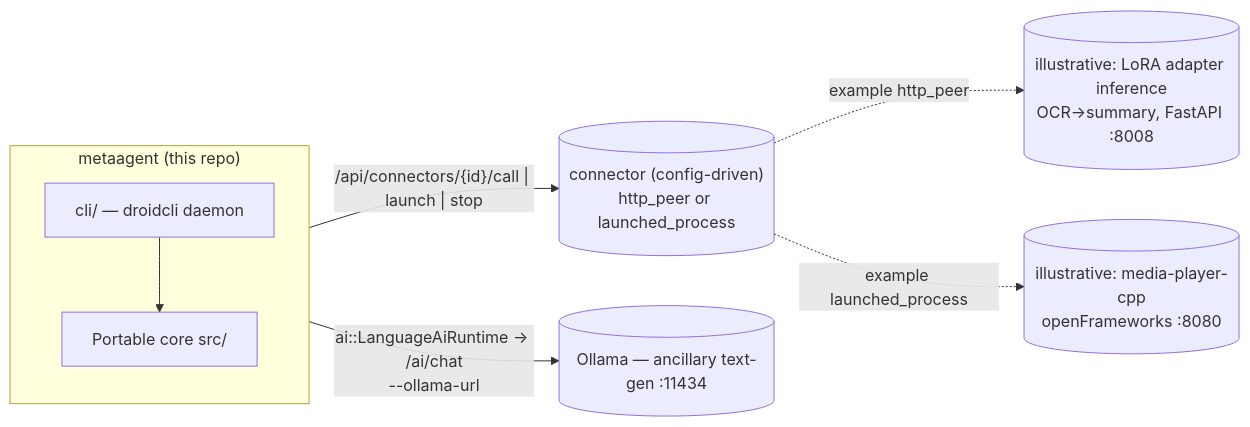
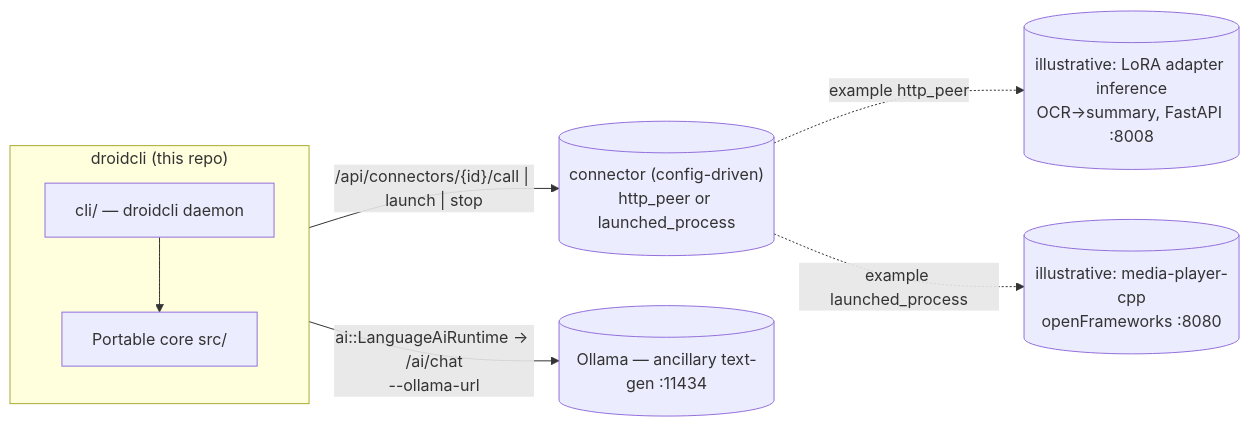
One commit to vecnode/droidcli changed the first of 3 diagrams in ARCHITECTURE.md. Above: the diagram before and after it, drawn with Mermaid. The commit also changed other lines of this file and 89 other files, not shown here.

First line of the commit message:
Full metaagent -> droidcli internal rename, README rebrand, Apache 2.0 (#23)

````diff
--- a/ARCHITECTURE.md
+++ b/ARCHITECTURE.md
@@ -23,18 +23,18 @@
 ```mermaid
 flowchart LR
-    subgraph MA["metaagent (this repo)"]
+    subgraph MA["droidcli (this repo)"]
         CORE[Portable core src/]
         HOST[cli/ — droidcli daemon]
         HOST --> CORE
     end
     CONN[("connector (config-driven)\nhttp_peer or launched_process")]
     OLLAMA[("Ollama — ancillary text-gen :11434")]
 
     MA -->|"/api/connectors/{id}/call | launch | stop"| CONN
     MA -->|ai::LanguageAiRuntime → /ai/chat\n--ollama-url| OLLAMA
 
     ADAPTER[("illustrative: LoRA adapter inference\nOCR→summary, FastAPI :8008")]
     MEDIA[("illustrative: media-player-cpp\nopenFrameworks :8080")]
     CONN -.->|example http_peer| ADAPTER
     CONN -.->|example launched_process| MEDIA
 ```
````
